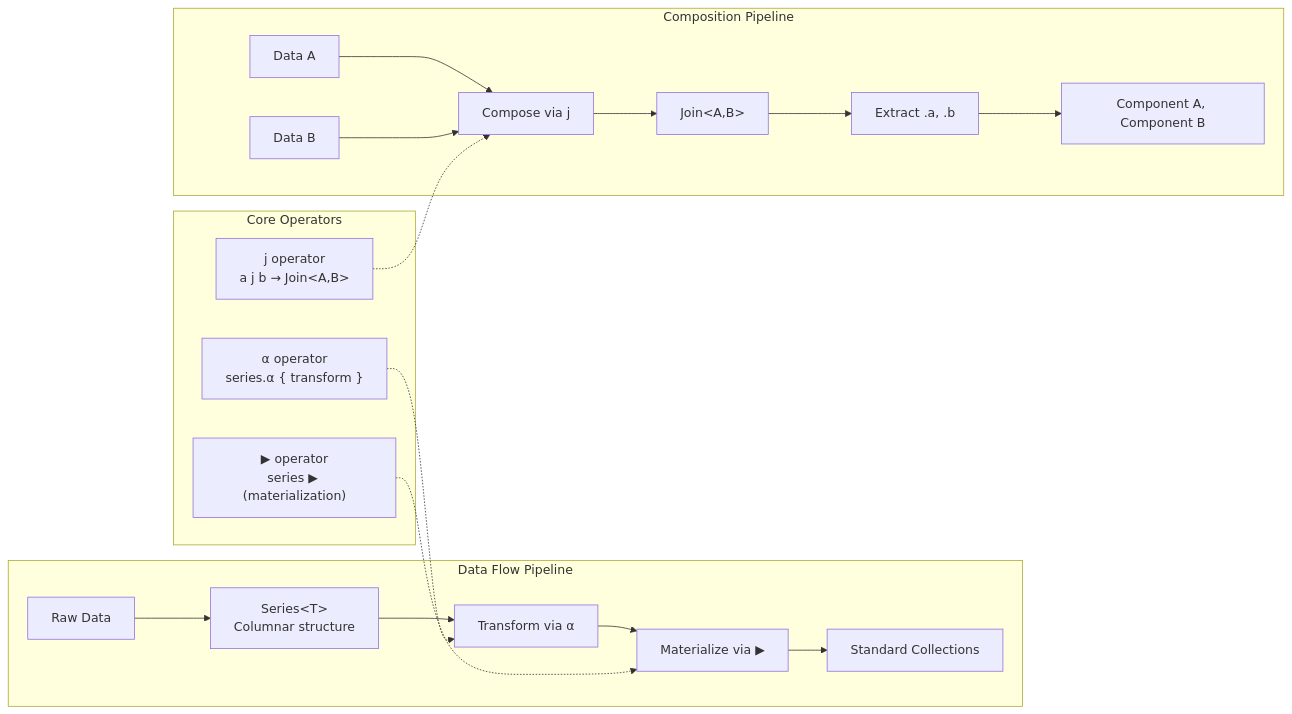
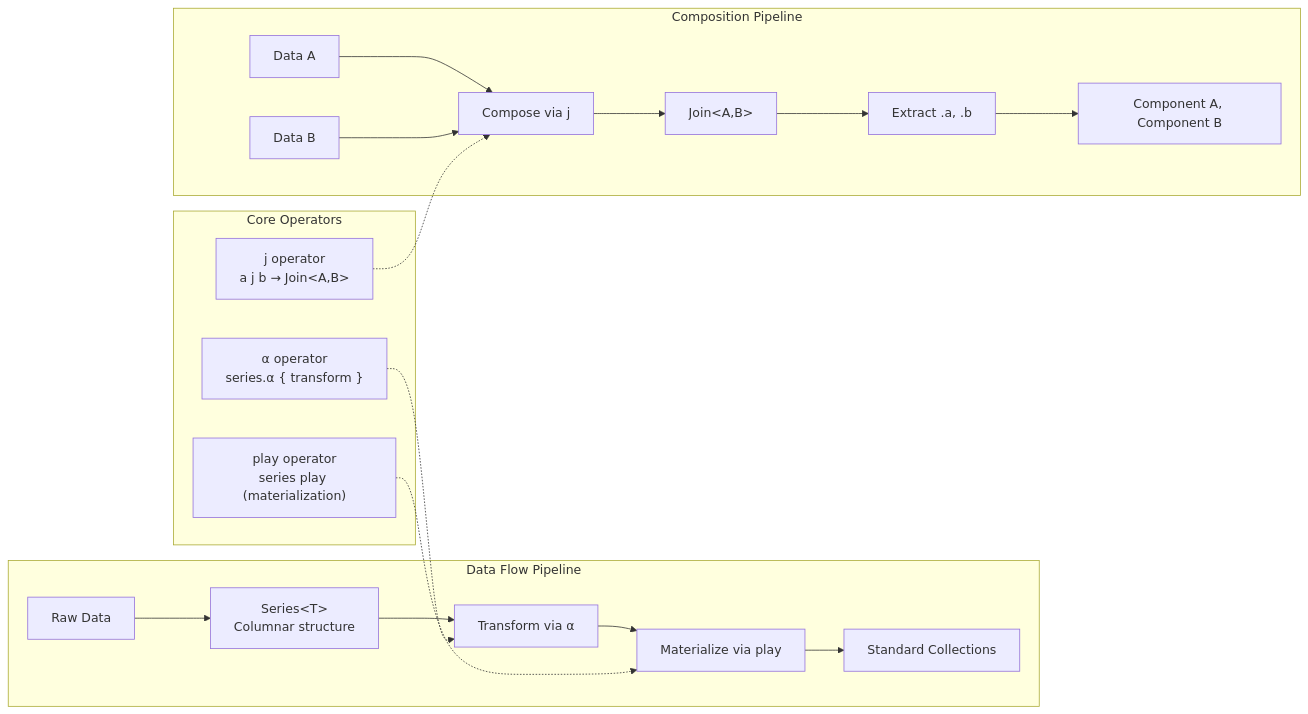
The fourth of 4 diagrams in ccek_typealiases_linkage.md (jnorthrup/superbikeshed), drawn with Mermaid before and after one commit. The commit also changed other lines of this file and 139 other files, not shown here.

````diff
--- a/ccek_typealiases_linkage.md
+++ b/ccek_typealiases_linkage.md
@@ -166,40 +166,40 @@
 ```mermaid
 graph LR
     subgraph "Core Operators"
         JOperator["j operator<br/>a j b → Join&lt;A,B&gt;"]
         AlphaOperator["α operator<br/>series.α { transform }"]
-        PlayOperator["▶ operator<br/>series ▶ (materialization)"]
+        PlayOperator["play operator<br/>series play (materialization)"]
     end
     
     subgraph "Data Flow Pipeline"
         Input["Raw Data"]
         Series1["Series&lt;T&gt;<br/>Columnar structure"]
         Transform["Transform via α"]
-        Materialize["Materialize via ▶"]
+        Materialize["Materialize via play"]
         Output["Standard Collections"]
     end
     
     subgraph "Composition Pipeline"
         DataA["Data A"]
         DataB["Data B"]
         Compose["Compose via j"]
         JoinAB["Join&lt;A,B&gt;"]
         Extract["Extract .a, .b"]
         Components["Component A, Component B"]
     end
     
     Input --> Series1
     Series1 --> Transform
     Transform --> Materialize
     Materialize --> Output
     
     DataA --> Compose
     DataB --> Compose
     Compose --> JoinAB
     JoinAB --> Extract
     Extract --> Components
     
     JOperator -.-> Compose
     AlphaOperator -.-> Transform
     PlayOperator -.-> Materialize
 ```
````
